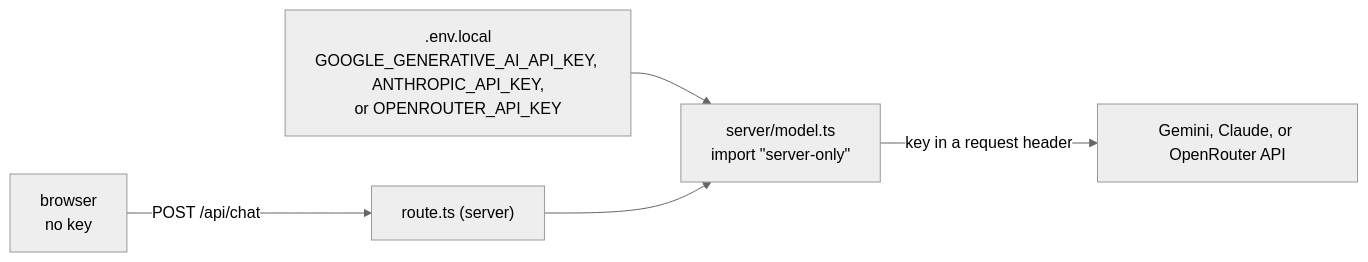
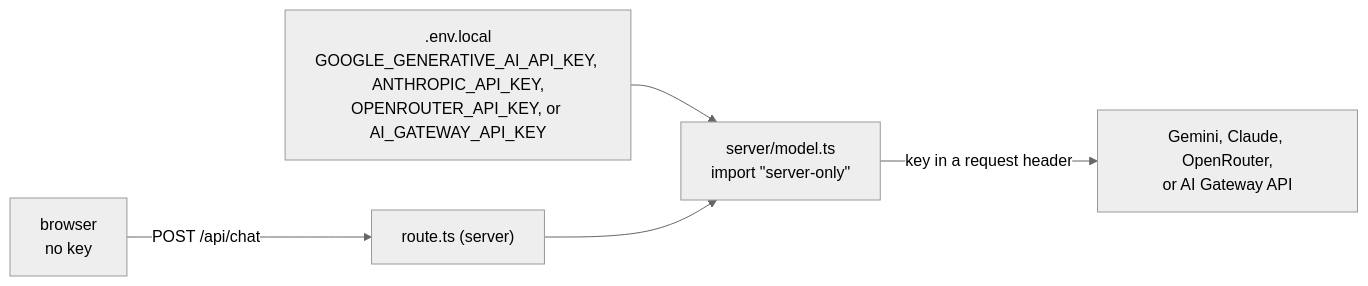
The diagram in docs/learning/server-side-secrets.md (promptfolios/promptfolio), drawn with Mermaid (neutral theme) before and after one commit. The commit also changed other lines of this file and 1 other file, not shown here.

Commit message:
docs(learning): update model requests and secrets notes for AI Gateway

````diff
--- a/docs/learning/server-side-secrets.md
+++ b/docs/learning/server-side-secrets.md
@@ -21,7 +21,7 @@
 ```mermaid
 flowchart LR
     browser["browser<br/>no key"] -- "POST /api/chat" --> route["route.ts (server)"]
-    env[".env.local<br/>GOOGLE_GENERATIVE_AI_API_KEY, ANTHROPIC_API_KEY,<br/>or OPENROUTER_API_KEY"] --> model["server/model.ts<br/>import #quot;server-only#quot;"]
+    env[".env.local<br/>GOOGLE_GENERATIVE_AI_API_KEY, ANTHROPIC_API_KEY,<br/>OPENROUTER_API_KEY, or AI_GATEWAY_API_KEY"] --> model["server/model.ts<br/>import #quot;server-only#quot;"]
     route --> model
-    model -- "key in a request header" --> provider["Gemini, Claude, or OpenRouter API"]
+    model -- "key in a request header" --> provider["Gemini, Claude, OpenRouter,<br/>or AI Gateway API"]
 ```
````
